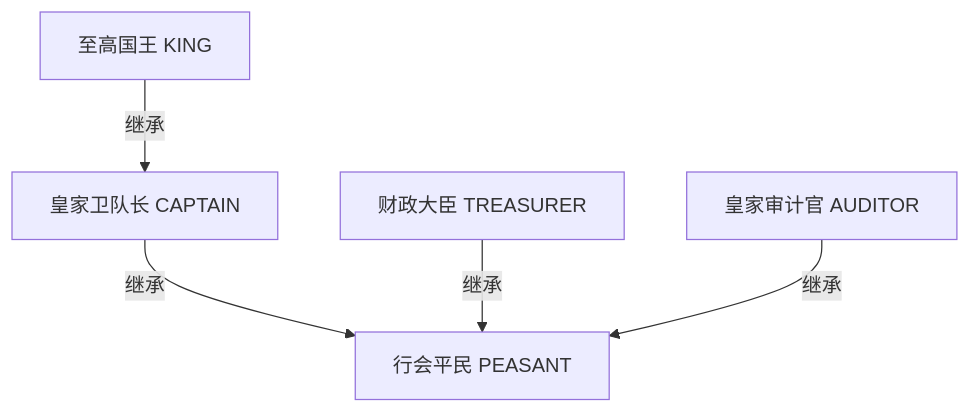
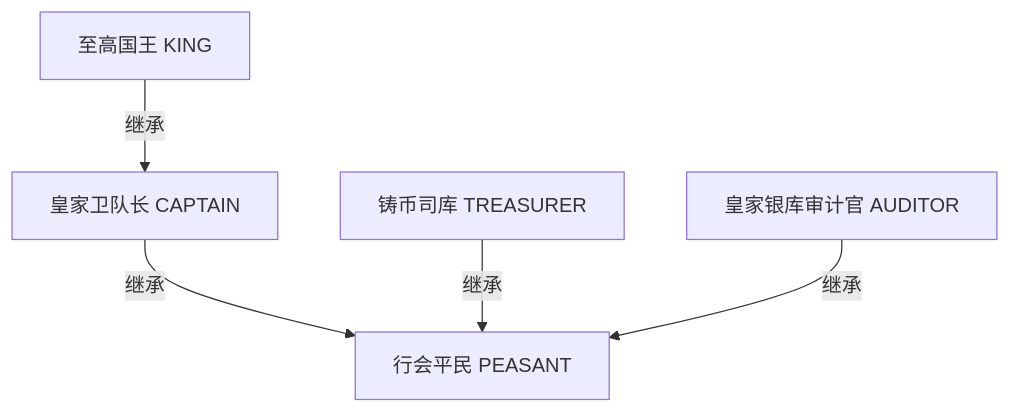
The first of 5 diagrams in docs/design.md (hechuxielianli/royal-rbac-coursework), drawn with Mermaid before and after one commit. The commit also changed other lines of this file and 16 other files, not shown here.

````diff
--- a/docs/design.md
+++ b/docs/design.md
@@ -98,7 +100,7 @@
 ```mermaid
 flowchart TD
     KING[至高国王 KING] -->|继承| CAPTAIN[皇家卫队长 CAPTAIN]
     CAPTAIN -->|继承| PEASANT[行会平民 PEASANT]
-    TREASURER[财政大臣 TREASURER] -->|继承| PEASANT
-    AUDITOR[皇家审计官 AUDITOR] -->|继承| PEASANT
+    TREASURER[铸币司库 TREASURER] -->|继承| PEASANT
+    AUDITOR[皇家银库审计官 AUDITOR] -->|继承| PEASANT
 ```
````
